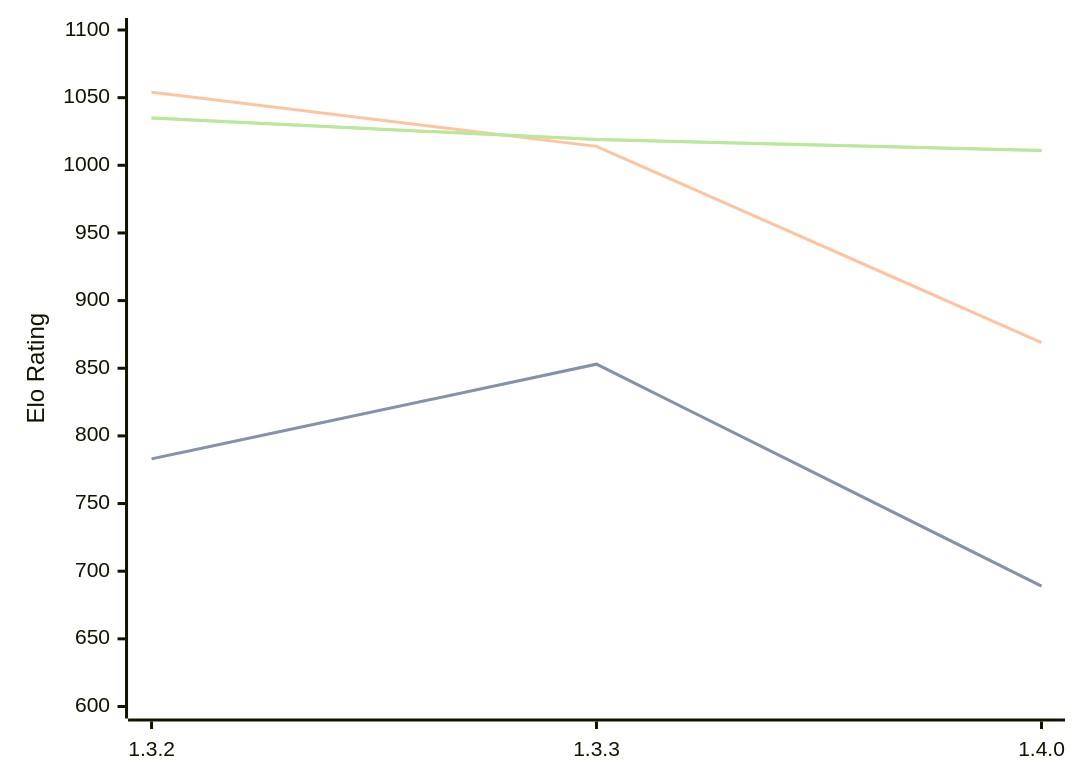
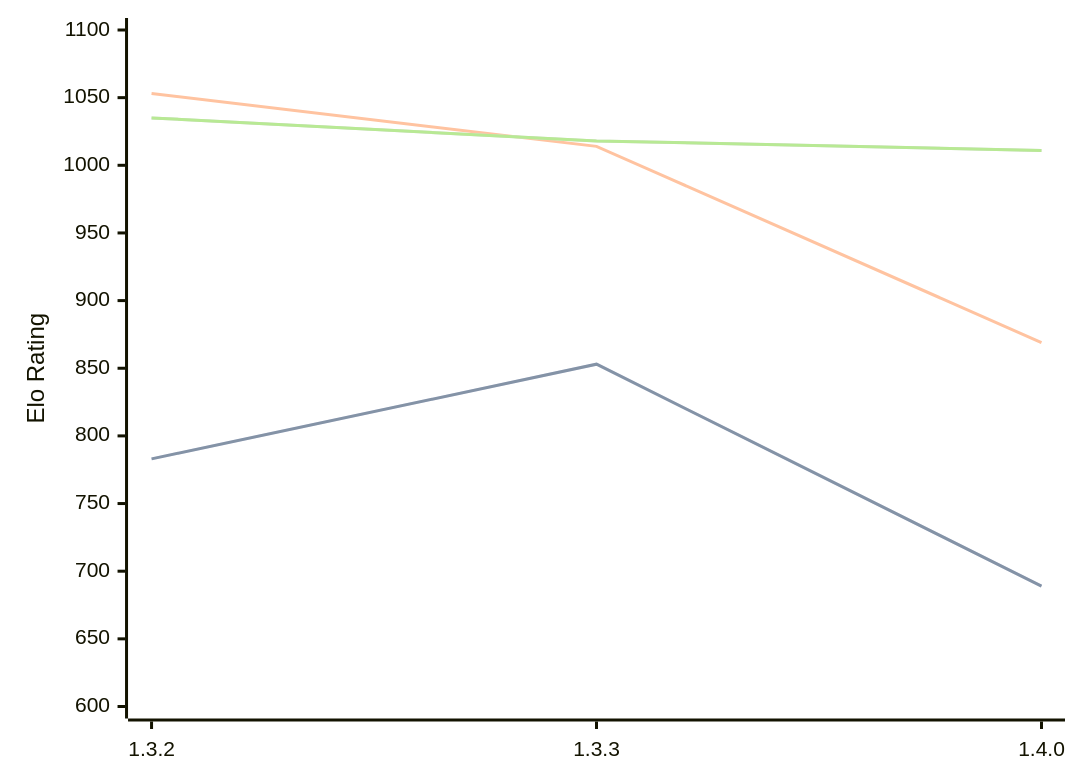
Before and after one commit to computer-chess-index/cci: the first of 3 diagrams in engines/Whitespine.md, drawn with Mermaid. The commit also changed other lines of this file, not shown here.

Commit message:
Update CCI Ratings (ELO VLTC) - 2026-06-26

````diff
--- a/engines/Whitespine.md
+++ b/engines/Whitespine.md
@@ -36,11 +36,11 @@
 ```mermaid
 %%{init: {"theme":"base","themeVariables":{"seriesColors:['#a3a3a3','#222221','#faa371']}}}%%
 xychart-beta
   x-axis ["1.3.2", "1.3.3", "1.4.0"]
   y-axis "Elo Rating" 600 --> 1100
   line "STC (8.0+0.08s)" [783, 853, 689]
   line "STC (8.0+0.08s)" [783, 853, 689]
-  line "LTC (60.0+0.60s)" [1054, 1014, 869]
-  line "VLTC (2m24s+1.12s)" [1035, 1019, 1011]
-  line "VLTC (2m24s+1.12s)" [1035, 1019, 1011]
+  line "LTC (60.0+0.60s)" [1053, 1014, 869]
+  line "VLTC (2m24s+1.12s)" [1035, 1018, 1011]
+  line "VLTC (2m24s+1.12s)" [1035, 1018, 1011]
 ```
````
